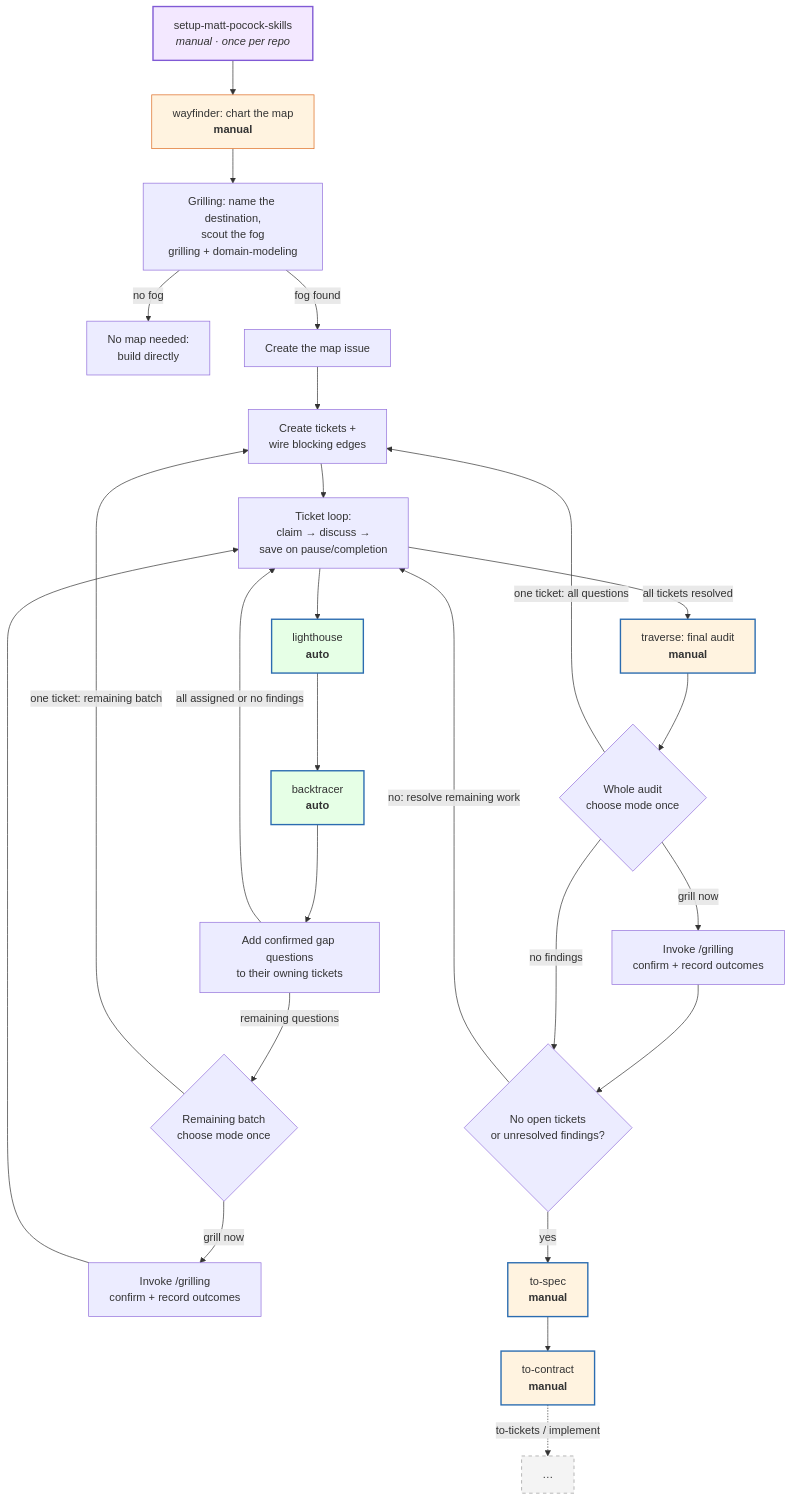
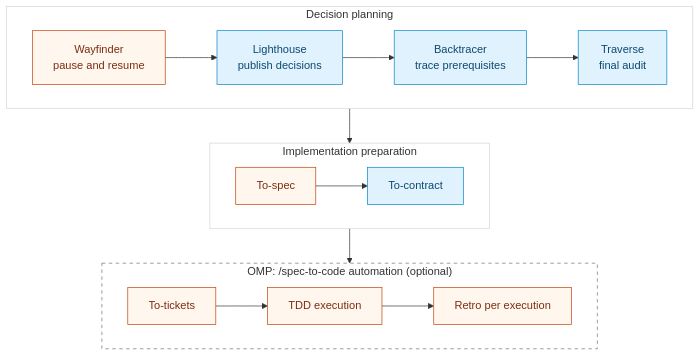
One commit to hugosol/oh-my-wayfinder changed the second of 2 diagrams in README.md. Above: the diagram before and after it, drawn with Mermaid. The commit also changed other lines of this file and 8 other files, not shown here.

````diff
--- a/README.md
+++ b/README.md
@@ -65,36 +47,26 @@
 ```mermaid
-flowchart TD
-    S["setup-matt-pocock-skills<br/><i>manual · once per repo</i>"] --> W["wayfinder: chart the map<br/><b>manual</b>"]
-    W --> G["Grilling: name the destination,<br/>scout the fog<br/>grilling + domain-modeling"]
-    G -->|"no fog"| N["No map needed:<br/>build directly"]
-    G -->|"fog found"| M["Create the map issue"]
-    M --> T["Create tickets +<br/>wire blocking edges"]
-    T --> L["Ticket loop:<br/>claim → discuss →<br/>save on pause/completion"]
-    L --> LH["lighthouse<br/><b>auto</b>"]
-    LH --> BT["backtracer<br/><b>auto</b>"]
-    BT --> OWN["Add confirmed gap questions<br/>to their owning tickets"]
-    OWN -->|"remaining questions"| CG{"Remaining batch<br/>choose mode once"}
-    OWN -->|"all assigned or no findings"| L
-    CG -->|"one ticket: remaining batch"| T
-    CG -->|"grill now"| BG["Invoke /grilling<br/>confirm + record outcomes"]
-    BG --> L
-    L -->|"all tickets resolved"| TR["traverse: final audit<br/><b>manual</b>"]
-    TR --> CG2{"Whole audit<br/>choose mode once"}
-    CG2 -->|"one ticket: all questions"| T
-    CG2 -->|"grill now"| TG["Invoke /grilling<br/>confirm + record outcomes"]
-    TG --> R{"No open tickets<br/>or unresolved findings?"}
-    R -->|"yes"| TS["to-spec<br/><b>manual</b>"]
-    R -->|"no: resolve remaining work"| L
-    CG2 -->|"no findings"| R
-    TS --> TC["to-contract<br/><b>manual</b>"]
-    TC -.->|"to-tickets / implement"| X["…"]
-
-    style LH fill:#e6ffe6,stroke:#2b6cb0,stroke-width:2px
-    style BT fill:#e6ffe6,stroke:#2b6cb0,stroke-width:2px
-    style TR fill:#fff3e0,stroke:#2b6cb0,stroke-width:2px
-    style W fill:#fff3e0,stroke:#dd6b20
-    style S fill:#f3e8ff,stroke:#805ad5,stroke-width:2px
-    style TS fill:#fff3e0,stroke:#2b6cb0,stroke-width:2px
-    style TC fill:#fff3e0,stroke:#2b6cb0,stroke-width:2px
-    style X fill:#f4f4f4,stroke:#999,stroke-dasharray:5 5
+flowchart TB
+    subgraph PLAN["Decision planning"]
+        direction LR
+        W["Wayfinder<br/>pause and resume"] --> L["Lighthouse<br/>publish decisions"]
+        L --> B["Backtracer<br/>trace prerequisites"]
+        B --> V["Traverse<br/>final audit"]
+    end
+    subgraph PREP["Implementation preparation"]
+        direction LR
+        S["To-spec"] --> C["To-contract"]
+    end
+    subgraph OMP["OMP: /spec-to-code automation (optional)"]
+        direction LR
+        T["To-tickets"] --> I["TDD execution"]
+        I --> R["Retro per execution"]
+    end
+    PLAN --> PREP --> OMP
+    classDef added fill:#e0f2fe,stroke:#0284c7,color:#0c4a6e;
+    classDef changed fill:#fff7ed,stroke:#c2410c,color:#7c2d12;
+    class V,L,B,C added;
+    class W,S,T,I,R changed;
+    style PLAN fill:none,stroke:#d1d5db
+    style PREP fill:none,stroke:#d1d5db
+    style OMP fill:none,stroke:#6b7280,stroke-dasharray:5 5
 ```
````
